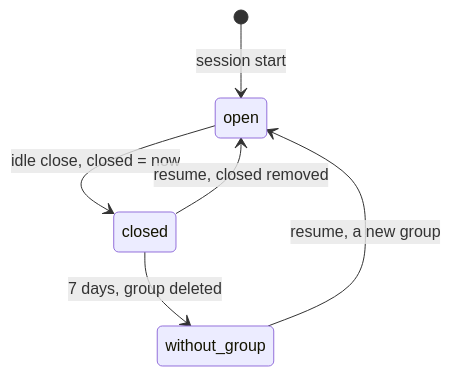
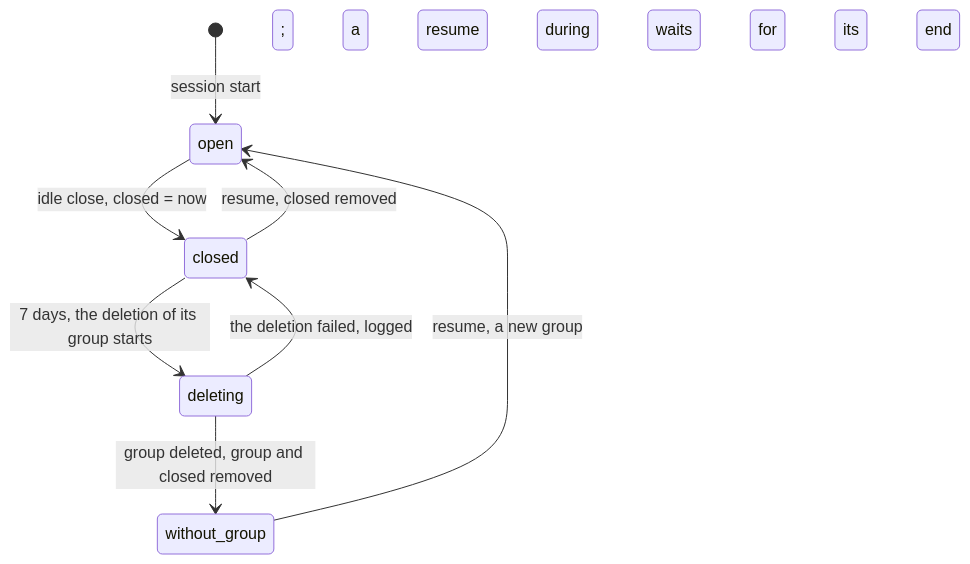
Before and after one commit to simplex-chat/simplex-chat: the tenth of 24 diagrams in plans/2026-11-07-mcp-claude-code-channel.md, drawn with Mermaid. The commit also changed other lines of this file, not shown here.

Commit message:
plan: resumes after deletion, User's group, unattended runs, reply cards

````diff
--- a/plans/2026-11-07-mcp-claude-code-channel.md
+++ b/plans/2026-11-07-mcp-claude-code-channel.md
@@ -438,8 +454,10 @@
 ```mermaid
 stateDiagram-v2
   [*] --> open: session start
   open --> closed: idle close, closed = now
   closed --> open: resume, closed removed
-  closed --> without_group: 7 days, group deleted
-  without_group --> open: resume, a new group
+  closed --> deleting: 7 days, the deletion of its group starts
+  deleting --> closed: the deletion failed, logged
+  deleting --> without_group: group deleted, group and closed removed
+  without_group --> open: resume, a new group; a resume during deleting waits for its end
 ```
````
